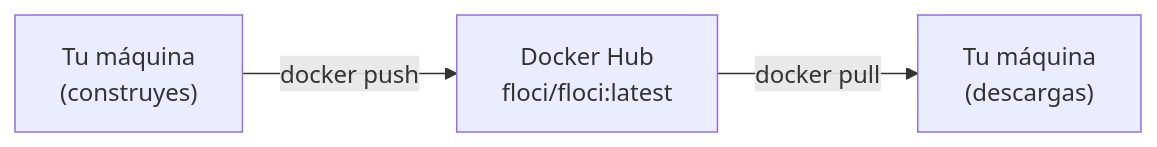
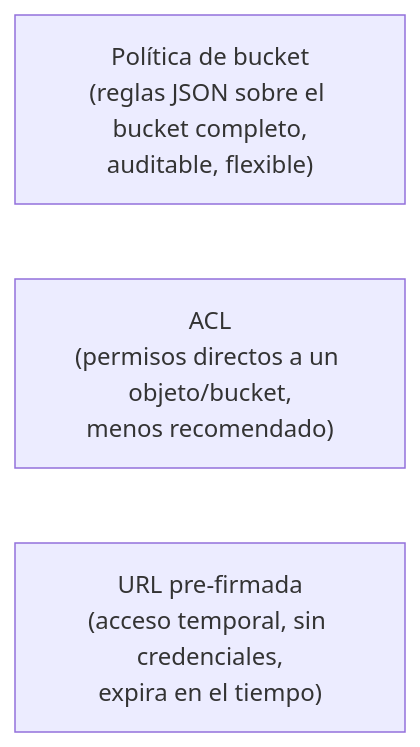
One commit to NICORUIZ93/The_Imperial_Book changed the ninth of 12 diagrams in web/public/content/cloud/modulo-1.md. Above: the diagram before and after it, drawn with Mermaid. The commit also changed other lines of this file and 305 other files, not shown here.

````diff
--- a/web/public/content/cloud/modulo-1.md
+++ b/web/public/content/cloud/modulo-1.md
@@ -132,5 +260,6 @@
 ```mermaid
 flowchart LR
-    A["Tu máquina\n(construyes)"] -->|"docker push"| B["Docker Hub\nfloci/floci:latest"]
-    B -->|"docker pull"| C["Tu máquina\n(descargas)"]
+    A["Política de bucket\n(reglas JSON sobre el bucket completo,\nauditable, flexible)"]
+    B["ACL\n(permisos directos a un objeto/bucket,\nmenos recomendado)"]
+    C["URL pre-firmada\n(acceso temporal, sin credenciales,\nexpira en el tiempo)"]
 ```
````
